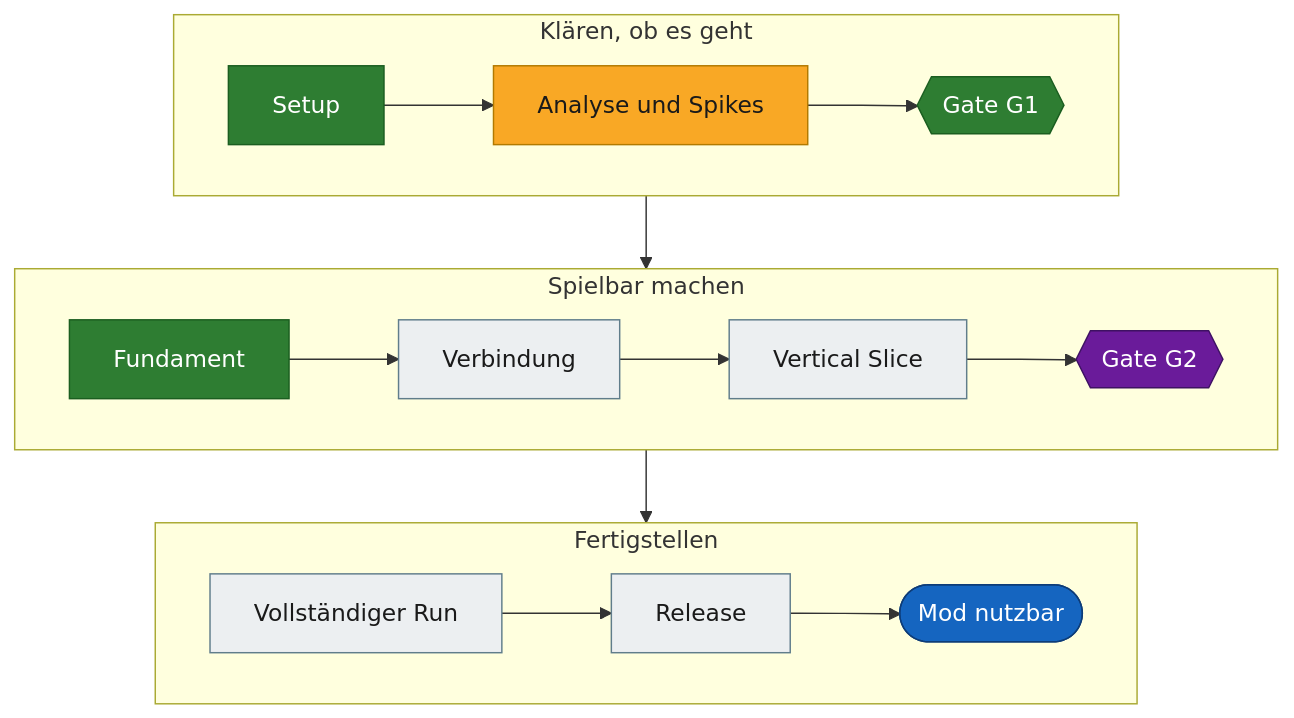
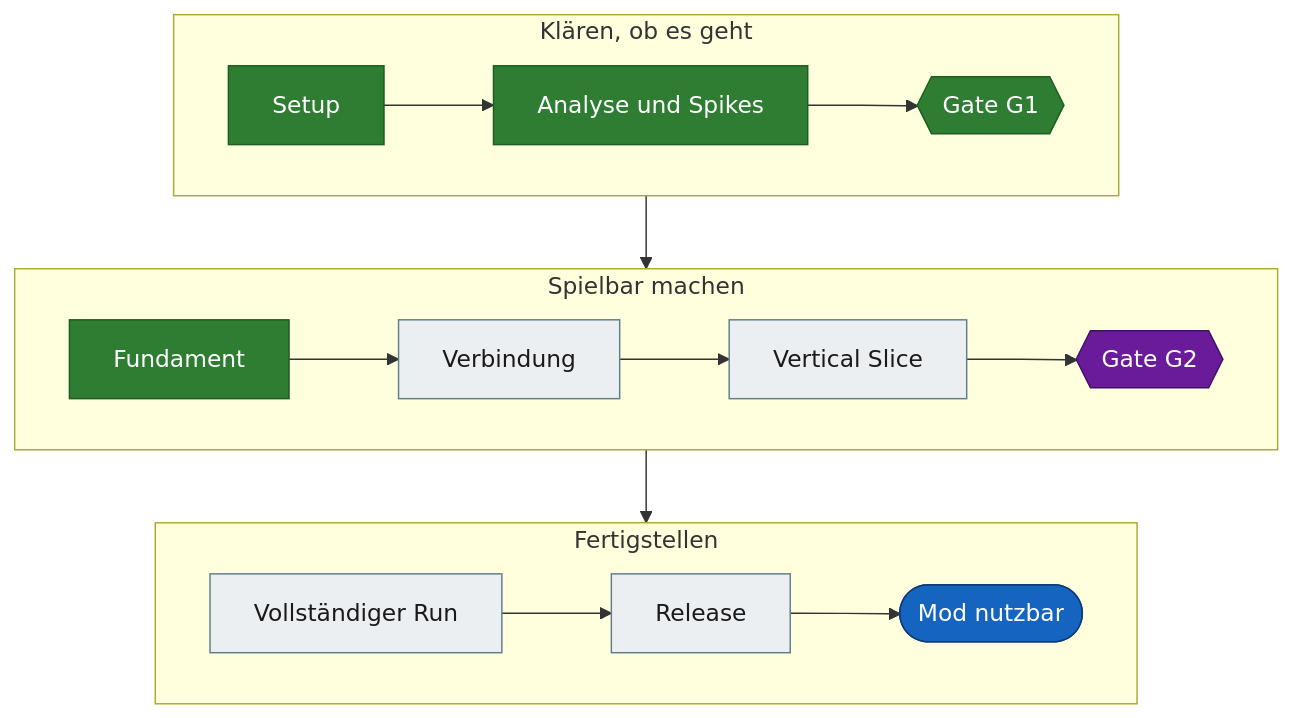
One commit to VitaminStack/Deadly-Days-Roadtrip-Multiplayer-Mod changed the diagram in README.md. Above: the diagram before and after it, drawn with Mermaid. The commit also changed other lines of this file and 5 other files, not shown here.

````diff
--- a/README.md
+++ b/README.md
@@ -10,25 +10,25 @@
 ```mermaid
 flowchart TD
     subgraph A["Klären, ob es geht"]
         direction LR
-        P0["Setup"]:::done --> P1["Analyse und Spikes"]:::wip --> G1{{"Gate G1"}}:::done
+        P0["Setup"]:::done --> P1["Analyse und Spikes"]:::done --> G1{{"Gate G1"}}:::done
     end
 
     subgraph B["Spielbar machen"]
         direction LR
         P2["Fundament"]:::done --> P3["Verbindung"]:::open --> P4["Vertical Slice"]:::open --> G2{{"Gate G2"}}:::gate
     end
 
     subgraph C["Fertigstellen"]
         direction LR
         P5["Vollständiger Run"]:::open --> P6["Release"]:::open --> Z(["Mod nutzbar"]):::goal
     end
 
     A --> B --> C
 
     classDef done fill:#2e7d32,stroke:#1b5e20,color:#ffffff
     classDef wip fill:#f9a825,stroke:#b27a00,color:#1a1a1a
     classDef open fill:#eceff1,stroke:#607d8b,color:#1a1a1a
     classDef gate fill:#6a1b9a,stroke:#3e1163,color:#ffffff
     classDef goal fill:#1565c0,stroke:#0d3c78,color:#ffffff
 ```
````
